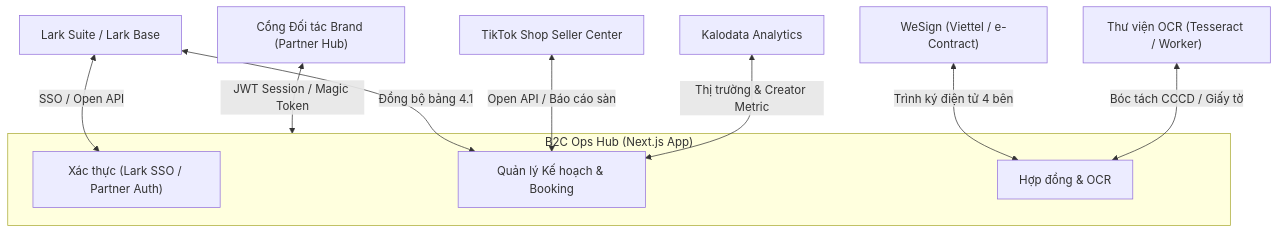
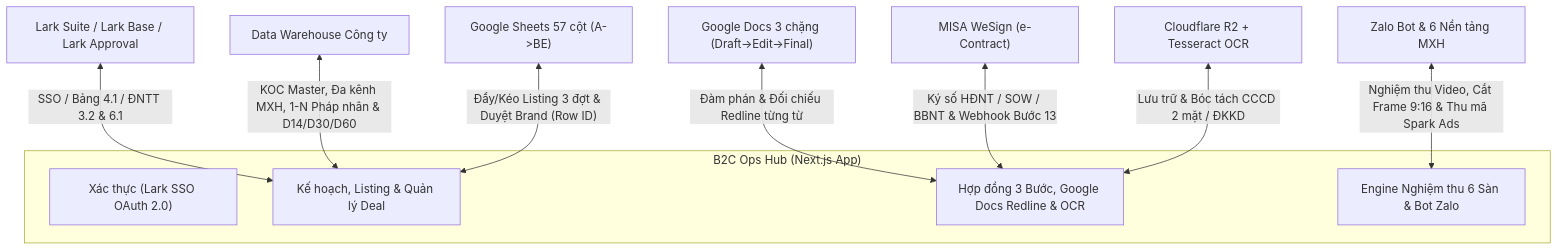
One commit to upbaseoperation-droid/b2c changed the diagram in blueprint/2-design/2.5_INTEGRATION_SPEC.md. Above: the diagram before and after it, drawn with Mermaid. The commit also changed other lines of this file and 253 other files, not shown here.

Commit message:
feat(nav): restructure 3-level sidebar menu and integrate Lark acceptance settlement hub

````diff
--- a/blueprint/2-design/2.5_INTEGRATION_SPEC.md
+++ b/blueprint/2-design/2.5_INTEGRATION_SPEC.md
@@ -18,16 +18,17 @@
 ```mermaid
 flowchart TD
     subgraph Core["B2C Ops Hub (Next.js App)"]
-        AUTH["Xác thực (Lark SSO / Partner Auth)"]
-        PLAN["Quản lý Kế hoạch & Booking"]
-        DOC["Hợp đồng & OCR"]
+        AUTH["Xác thực (Lark SSO OAuth 2.0)"]
+        PLAN["Kế hoạch, Listing & Quản lý Deal"]
+        DOC["Hợp đồng 3 Bước, Google Docs Redline & OCR"]
+        ACCEPT["Engine Nghiệm thu 6 Sàn & Bot Zalo"]
     end
 
-    LARK["Lark Suite / Lark Base"] <-->|"SSO / Open API"| AUTH
-    LARK <-->|"Đồng bộ bảng 4.1"| PLAN
-    TTS["TikTok Shop Seller Center"] <-->|"Open API / Báo cáo sàn"| PLAN
-    KALO["Kalodata Analytics"] <-->|"Thị trường & Creator Metric"| PLAN
-    WESIGN["WeSign (Viettel / e-Contract)"] <-->|"Trình ký điện tử 4 bên"| DOC
-    OCR["Thư viện OCR (Tesseract / Worker)"] <-->|"Bóc tách CCCD / Giấy tờ"| DOC
-    PARTNER["Cổng Đối tác Brand (Partner Hub)"] <-->|"JWT Session / Magic Token"| Core
+    LARK["Lark Suite / Lark Base / Lark Approval"] <-->|"SSO / Bảng 4.1 / ĐNTT 3.2 & 6.1"| PLAN
+    DW["Data Warehouse Công ty"] <-->|"KOC Master, Đa kênh MXH, 1-N Pháp nhân & D14/D30/D60"| PLAN
+    GSHEET["Google Sheets 57 cột (A->BE)"] <-->|"Đẩy/Kéo Listing 3 đợt & Duyệt Brand (Row ID)"| PLAN
+    GDOCS["Google Docs 3 chặng (Draft->Edit->Final)"] <-->|"Đàm phán & Đối chiếu Redline từng từ"| DOC
+    WESIGN["MISA WeSign (e-Contract)"] <-->|"Ký số HĐNT / SOW / BBNT & Webhook Bước 13"| DOC
+    R2["Cloudflare R2 + Tesseract OCR"] <-->|"Lưu trữ & Bóc tách CCCD 2 mặt / ĐKKD"| DOC
+    ZALO["Zalo Bot & 6 Nền tảng MXH"] <-->|"Nghiệm thu Video, Cắt Frame 9:16 & Thu mã Spark Ads"| ACCEPT
 ```
````
